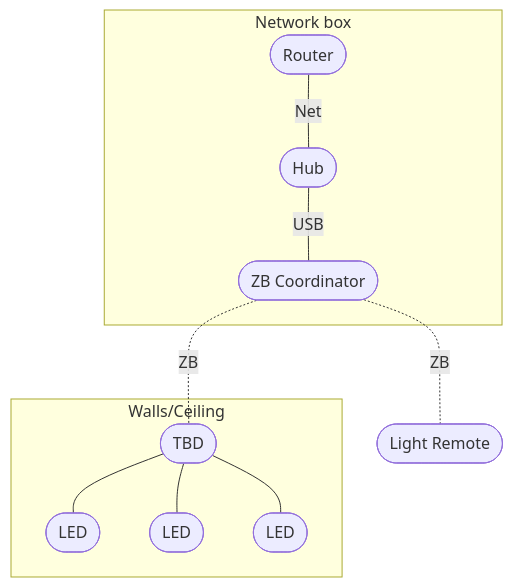
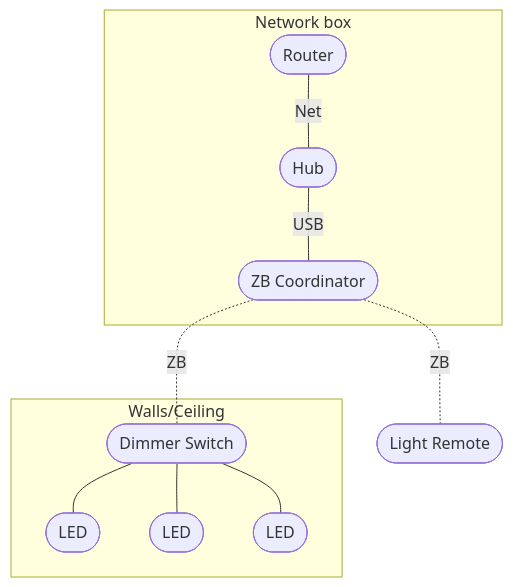
One commit to freenandes/topo-da-mente changed the diagram in content/note/connected-home-switches.md. Above: the diagram before and after it, drawn with Mermaid. The commit also changed other lines of this file, not shown here.

Commit message:
Dec 15, 2023, 2:33 PM

````diff
--- a/content/note/connected-home-switches.md
+++ b/content/note/connected-home-switches.md
@@ -55,15 +57,15 @@
 ```mermaid
 flowchart TB
 subgraph nwb[Network box]
     iro([Router]) --Net---
     hub([Hub]) --USB---
     coo([ZB Coordinator])
 end
 coo -.ZB.- rem([Light Remote])
 subgraph con[Walls/Ceiling]
-    dsw([TBD]) --- ll1([LED])
+    dsw([Dimmer Switch]) --- ll1([LED])
     dsw --- ll2([LED])
     dsw --- ll3([LED])
 end 
 coo -.ZB.- dsw
 ```
````
